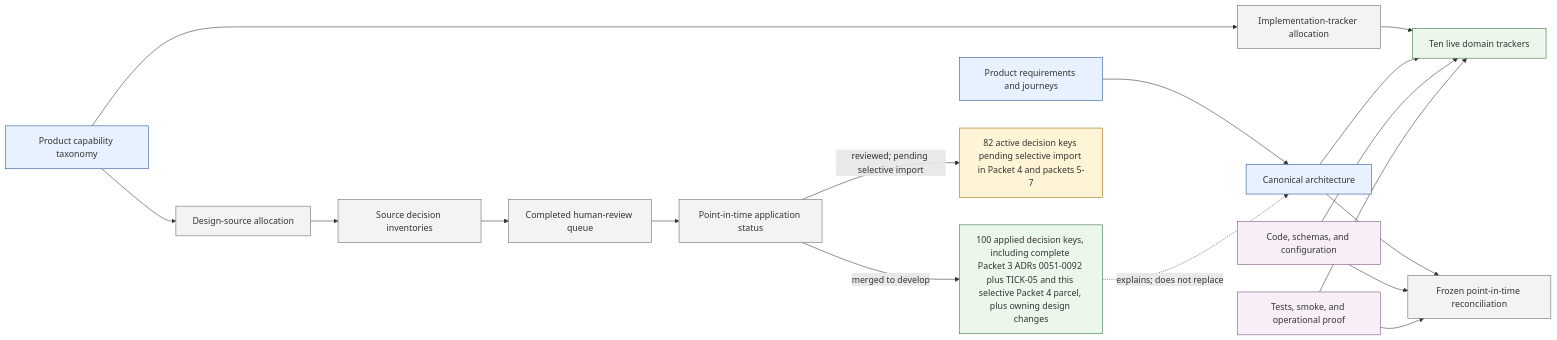
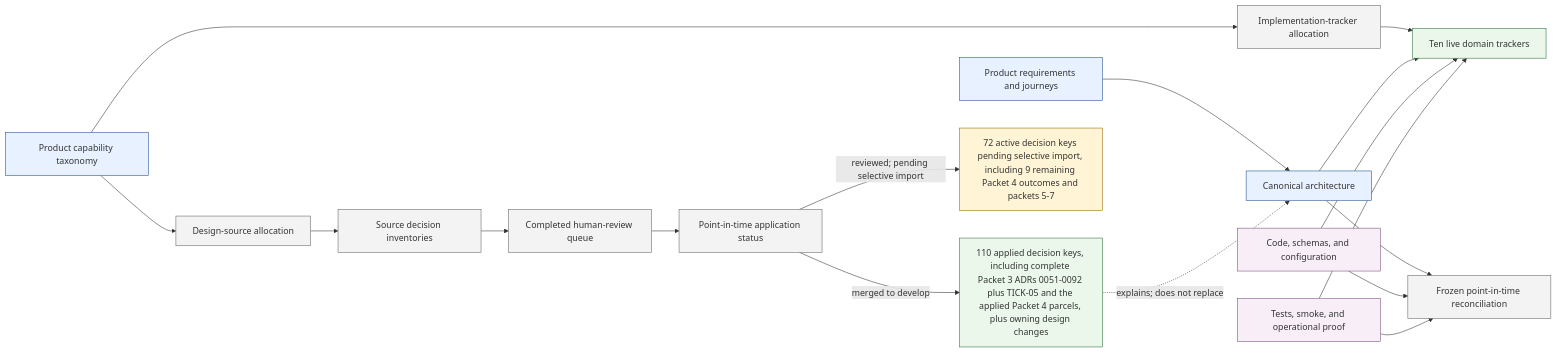
The diagram in design/project-management/design-alignment/README.md (benhook1013/FireMUD), drawn with Mermaid before and after one commit. The commit also changed other lines of this file and 66 other files, not shown here.

Commit message:
docs: apply Packet 4 scripting decisions

````diff
--- a/design/project-management/design-alignment/README.md
+++ b/design/project-management/design-alignment/README.md
@@ -27,27 +27,27 @@
 ```mermaid
 flowchart LR
     PRODUCT[Product requirements and journeys]:::canonical --> ARCH[Canonical architecture]:::canonical
     TAXONOMY[Product capability taxonomy]:::canonical --> DESIGN_ALLOC[Design-source allocation]:::alignment
     DESIGN_ALLOC --> SOURCE_INV[Source decision inventories]:::alignment
     SOURCE_INV --> HUMAN_QUEUE[Completed human-review queue]:::alignment
     HUMAN_QUEUE --> APPLY[Point-in-time application status]:::alignment
-    APPLY -->|merged to develop| APPLIED_DECISIONS[100 applied decision keys, including complete Packet 3 ADRs 0051-0092 plus TICK-05 and this selective Packet 4 parcel, plus owning design changes]:::status
+    APPLY -->|merged to develop| APPLIED_DECISIONS[110 applied decision keys, including complete Packet 3 ADRs 0051-0092 plus TICK-05 and the applied Packet 4 parcels, plus owning design changes]:::status
     APPLIED_DECISIONS -. explains; does not replace .-> ARCH
-    APPLY -->|reviewed; pending selective import| PENDING[82 active decision keys pending selective import in Packet 4 and packets 5-7]:::pending
+    APPLY -->|reviewed; pending selective import| PENDING[72 active decision keys pending selective import, including 9 remaining Packet 4 outcomes and packets 5-7]:::pending
 
     TAXONOMY --> TRACKER_ALLOC[Implementation-tracker allocation]:::alignment
     TRACKER_ALLOC --> TRACKERS[Ten live domain trackers]:::status
     ARCH --> TRACKERS
     CODE[Code, schemas, and configuration]:::evidence --> TRACKERS
     PROOF[Tests, smoke, and operational proof]:::evidence --> TRACKERS
 
     ARCH --> RECON[Frozen point-in-time reconciliation]:::alignment
     CODE --> RECON
     PROOF --> RECON
 
     classDef canonical fill:#e8f1ff,stroke:#1f4f8f
     classDef alignment fill:#f3f3f3,stroke:#666
     classDef pending fill:#fff4d6,stroke:#9a6700
     classDef status fill:#eaf7ea,stroke:#2f6f3e
     classDef evidence fill:#f8eef8,stroke:#7a4e7a
 ```
````
